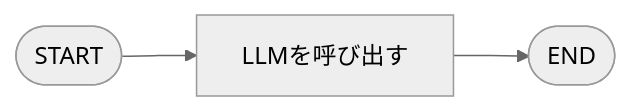
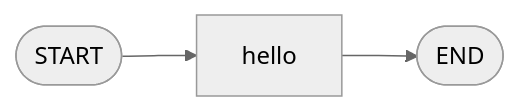
Before and after one commit to ykubota-dev/ai-agent-tutorial: the sixth of 14 diagrams in docs/07_langgraph.md, drawn with Mermaid (neutral theme). The commit also changed other lines of this file and 1 other file, not shown here.

````diff
--- a/docs/07_langgraph.md
+++ b/docs/07_langgraph.md
@@ -218,9 +476,11 @@
 ```mermaid
 flowchart LR
     START(["START"])
-    A["LLMを呼び出す"]
+
+    HELLO["hello"]
+
     END(["END"])
 
-    START --> A
-    A --> END
+    START --> HELLO
+    HELLO --> END
 ```
````
